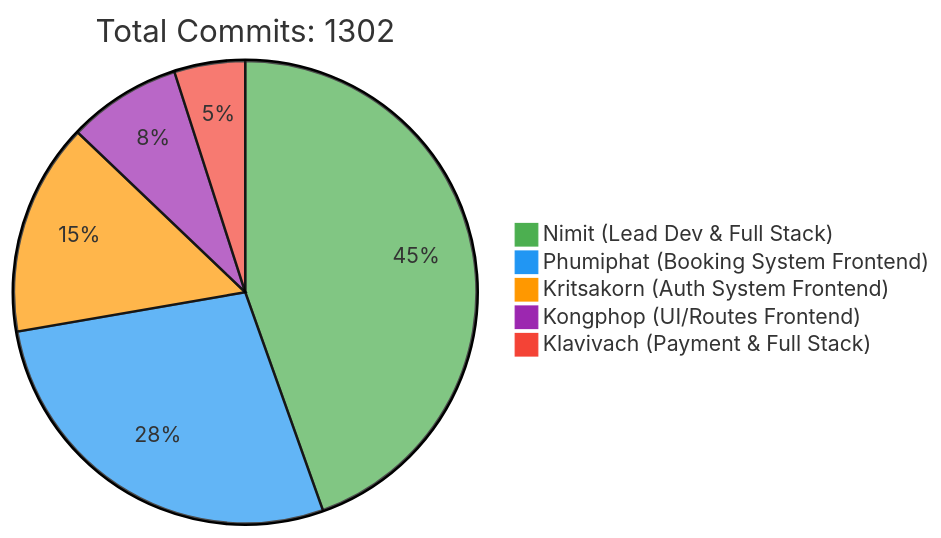
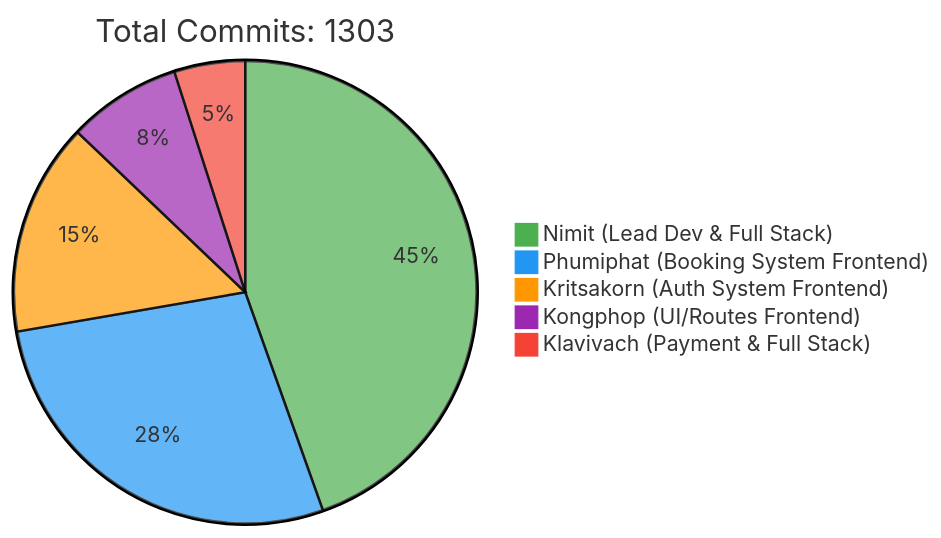
One commit to 6531503042/Sport-Complex changed the first of 2 diagrams in README.md. Above: the diagram before and after it, drawn with Mermaid. The commit also changed other lines of this file, not shown here.

Commit message:
docs: Update contributor statistics [skip ci]

````diff
--- a/README.md
+++ b/README.md
@@ -257,10 +257,10 @@
 ```mermaid
 %%{init: {'theme': 'base', 'themeVariables': { 'pie1': '#4CAF50', 'pie2': '#2196F3', 'pie3': '#FF9800', 'pie4': '#9C27B0', 'pie5': '#F44336'}}}%%
 pie
-    title Total Commits: 1302
+    title Total Commits: 1303
     "Nimit (Lead Dev & Full Stack)" : 450
     "Phumiphat (Booking System Frontend)" : 280
     "Kritsakorn (Auth System Frontend)" : 150
     "Kongphop (UI/Routes Frontend)" : 80
     "Klavivach (Payment & Full Stack)" : 50
 ```
````
